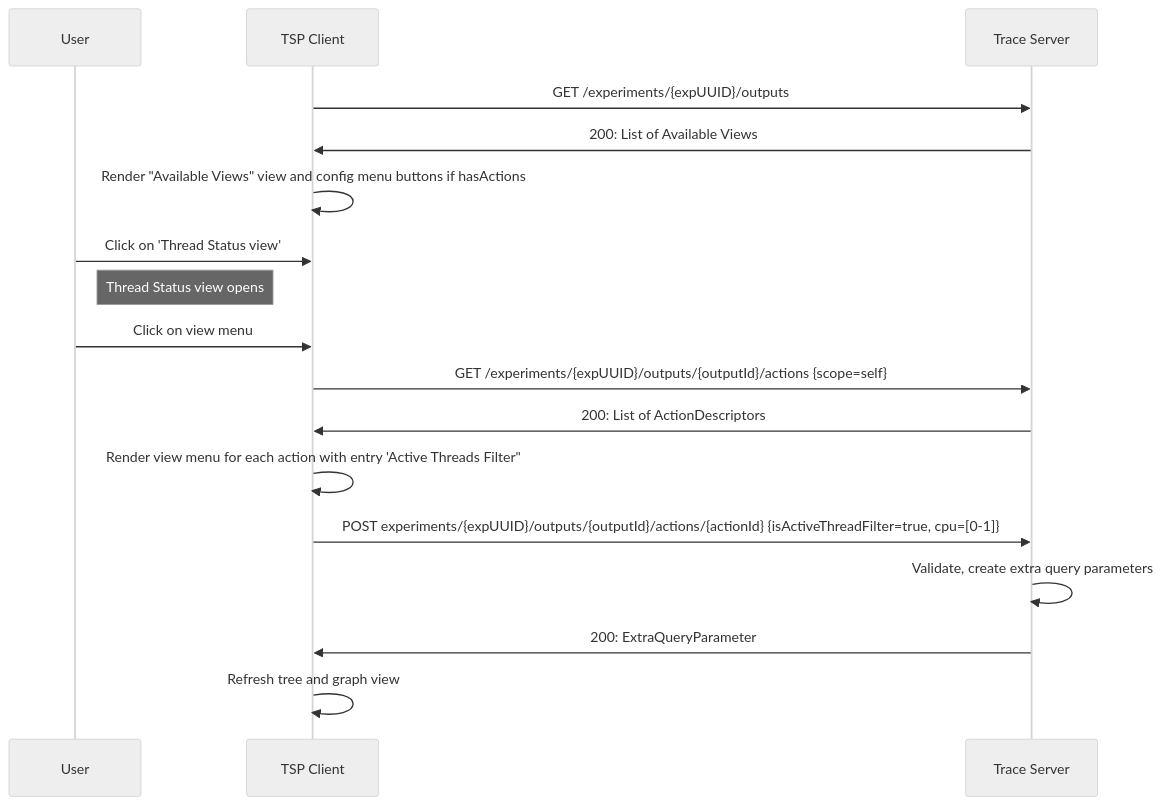
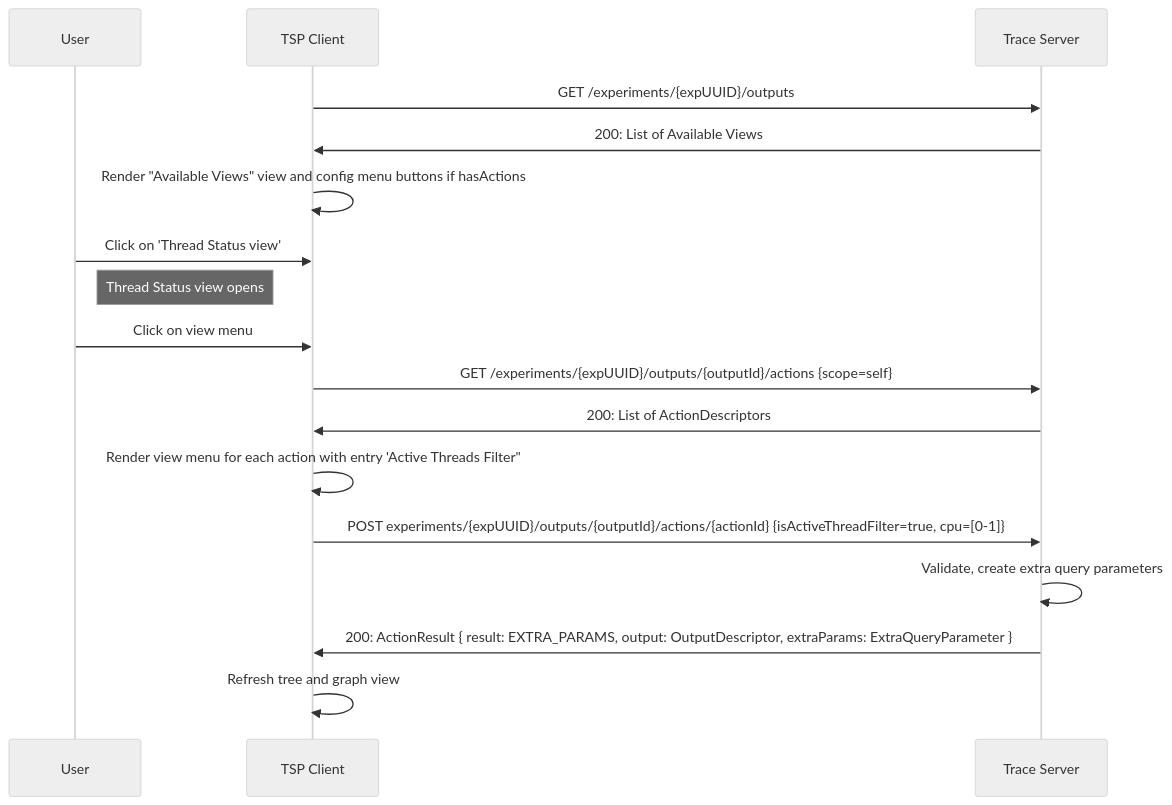
The seventh of 9 diagrams in doc/adr/0011-tsp-analysis-api.md (bhufmann/theia-trace-extension), drawn with Mermaid (neutral theme) before and after one commit. The commit also changed other lines of this file, not shown here.

````diff
--- a/doc/adr/0011-tsp-analysis-api.md
+++ b/doc/adr/0011-tsp-analysis-api.md
@@ -525,19 +473,19 @@
 ```mermaid
 sequenceDiagram
     participant user as User
     participant client as TSP Client
     participant server as Trace Server
     client->>server: GET /experiments/{expUUID}/outputs
     server->>client: 200: List of Available Views
     client->>client: Render "Available Views" view and config menu buttons if hasActions
     user->>client: Click on 'Thread Status view'
     Note right of user: Thread Status view opens
     user->>client: Click on view menu
     client->>server: GET /experiments/{expUUID}/outputs/{outputId}/actions {scope=self}
     server->>client: 200: List of ActionDescriptors
     client->>client: Render view menu for each action with entry 'Active Threads Filter"
     client->>server: POST experiments/{expUUID}/outputs/{outputId}/actions/{actionId} {isActiveThreadFilter=true, cpu=[0-1]}
     server->>server: Validate, create extra query parameters
-    server->>client: 200: ExtraQueryParameter
+    server->>client: 200: ActionResult { result: EXTRA_PARAMS, output: OutputDescriptor, extraParams: ExtraQueryParameter } 
     client->>client: Refresh tree and graph view
  ```
````
